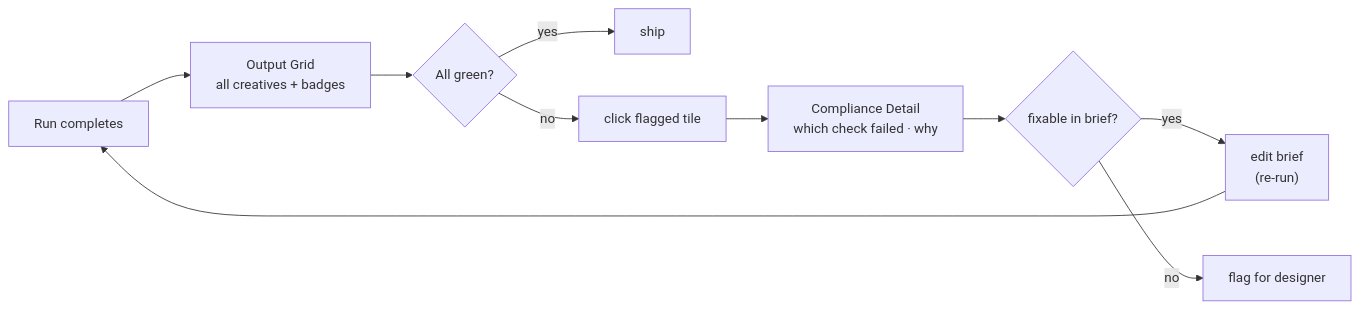
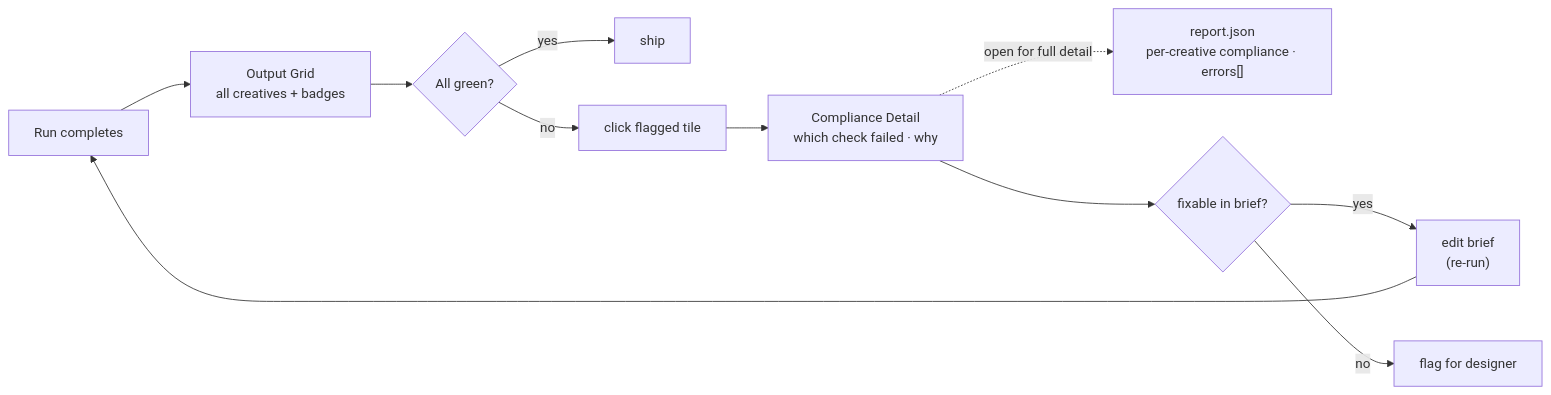
Before and after one commit to arndvs/cast: the fifth of 5 diagrams in docs/system-map.md, drawn with Mermaid. The commit also changed other lines of this file, not shown here.

````diff
--- a/docs/system-map.md
+++ b/docs/system-map.md
@@ -225,12 +247,13 @@
 ```mermaid
 graph LR
     Done["Run completes"] --> Grid["Output Grid<br/>all creatives + badges"]
     Grid --> Scan{"All green?"}
     Scan -->|yes| Ship["ship"]
     Scan -->|no| Click["click flagged tile"]
     Click --> Detail["Compliance Detail<br/>which check failed · why"]
+    Detail -.->|open for full detail| ReportFile["report.json<br/>per-creative compliance · errors[]"]
     Detail --> Decide{"fixable in brief?"}
     Decide -->|yes| EditBrief["edit brief<br/>(re-run)"]
     Decide -->|no| Escalate["flag for designer"]
     EditBrief --> Done
 ```
````
